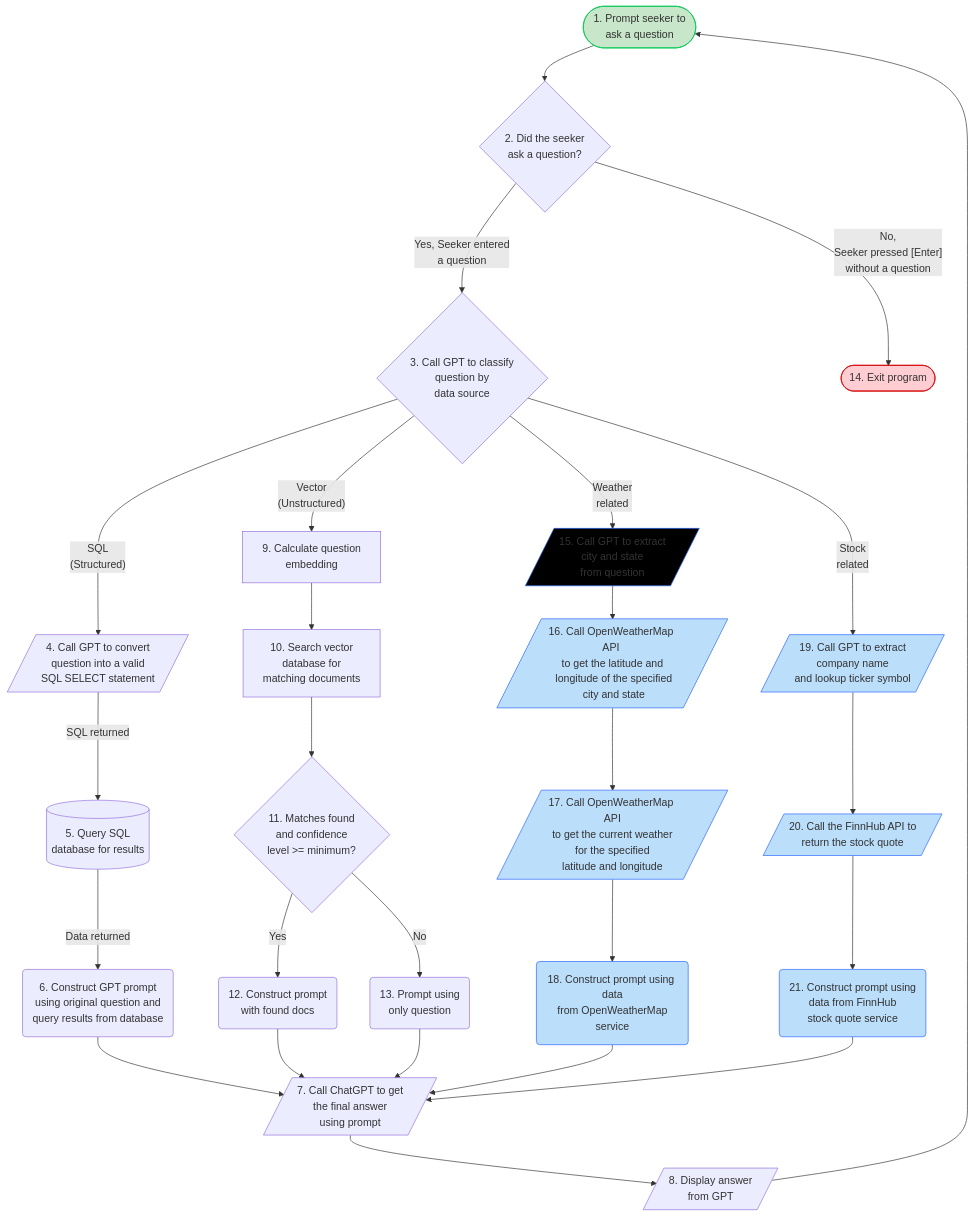
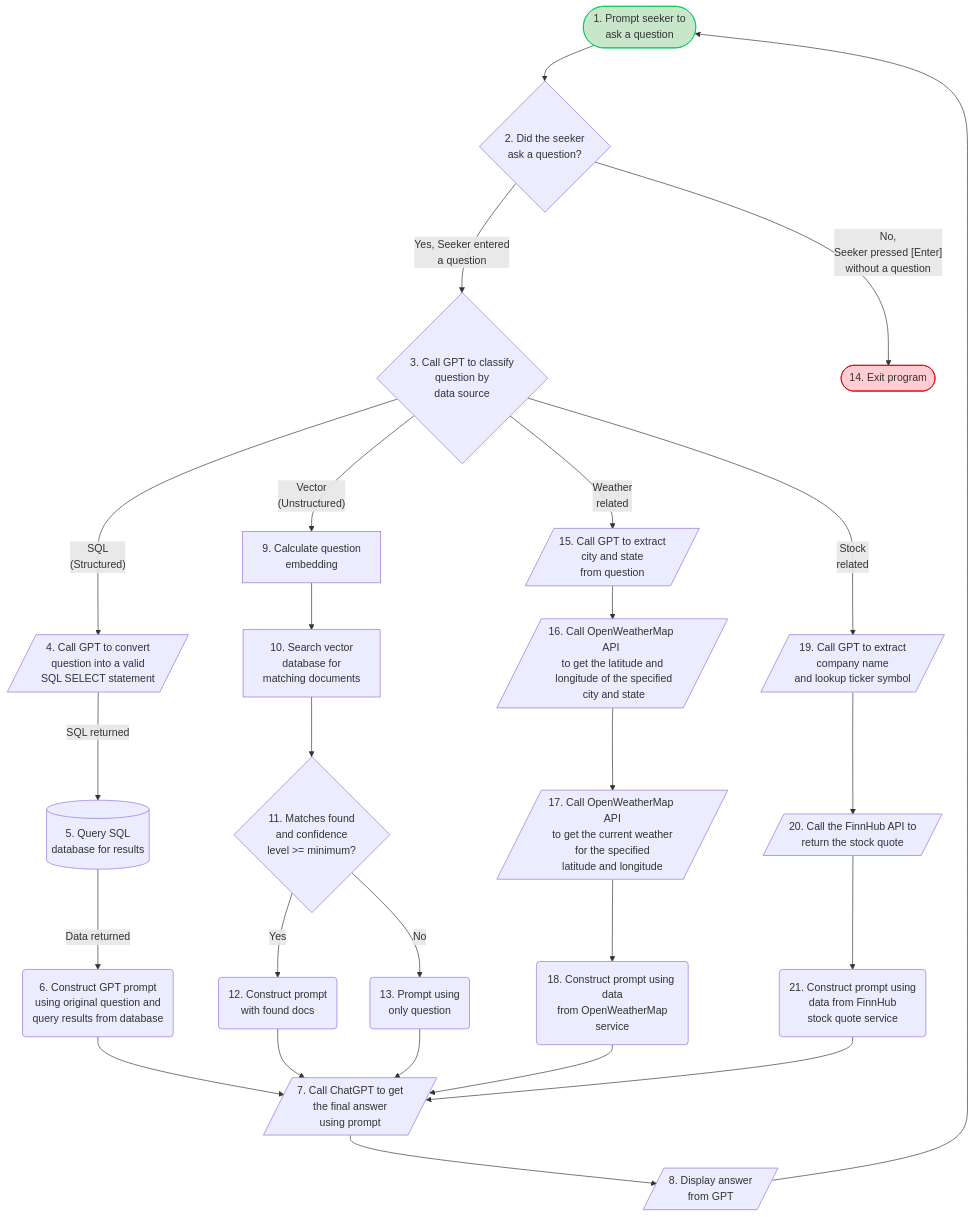
One commit to megerow/RAG changed the diagram in README.markdown. Above: the diagram before and after it, drawn with Mermaid.

````diff
--- a/README.markdown
+++ b/README.markdown
@@ -3,38 +3,32 @@
 ```mermaid
 flowchart TD
     ng(["1. Prompt seeker to<br> ask a question"]) --> nz{"2. Did the seeker <br>ask a question?"}
     nz -- Yes, Seeker entered<br> a question --> nb{"3. Call GPT to classify<br>question by<br>data source"}
     nd[/"4. Call GPT to convert <br>question into a valid <br>SQL SELECT statement"/] -- SQL returned --> n3[("5. Query SQL <br>database for results")]
     n3 -- Data returned --> nf("6. Construct GPT prompt<br> using original question and <br>query results from database")
     nf --> nr[/"7. Call ChatGPT to get<br>the final answer<br> using prompt"/]
     nr --> nk[/"8. Display answer<br> from GPT"/]
     nk --> ng
     nz -- No, <br>Seeker pressed [Enter]<br> without a question --> na(["14. Exit program"])
     nb -- SQL<br>(Structured) --> nd
     nb -- Vector<br>(Unstructured) --> n8["9. Calculate question <br>embedding"]
     n8 --> nj["10. Search vector<br>database for<br>matching documents"]
     nj --> n6{"11. Matches found<br>and confidence<br>level &gt;= minimum?"}
     n6 -- Yes --> nq("12. Construct prompt<br>with found docs")
     n6 -- No --> ns("13. Prompt using <br>only question")
     nq --> nr
     ns --> nr
     nb -- Weather<br>related --> nc[/"15. Call GPT to extract<br>city and state<br>from question"/]
     nb -- Stock<br>related --> n5[/"19. Call GPT to extract<br>company name<br>and lookup ticker symbol"/]
     nc --> ni[/"16. Call OpenWeatherMap API <br>to get the latitude and<br> longitude of the specified<br> city and state"/]
     ni --> nl[/"17. Call OpenWeatherMap API<br>to get the current weather<br>for the specified<br>latitude and longitude"/]
     n5 --> no[/"20. Call the FinnHub API to<br>return the stock quote"/]
     nl --> n2("18. Construct prompt using data<br>from OpenWeatherMap<br>service")
     n2 --> nr
     no --> nu("21. Construct prompt using<br>data from FinnHub<br>stock quote service")
     nu --> nr
     style ng stroke:#00C853,fill:#C8E6C9
     style na stroke:#D50000,fill:#FFCDD2
-    style nc stroke:#2962FF,fill:#000000
-    style n5 stroke:#2962FF,fill:#BBDEFB
-    style ni stroke:#2962FF,fill:#BBDEFB
-    style nl stroke:#2962FF,fill:#BBDEFB
-    style no stroke:#2962FF,fill:#BBDEFB
-    style n2 stroke:#2962FF,fill:#BBDEFB
-    style nu stroke:#2962FF,fill:#BBDEFB
+
 
 ```
````
